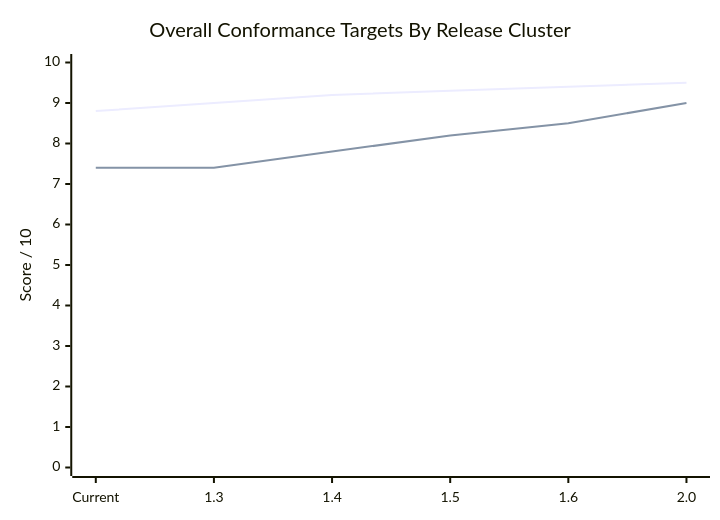
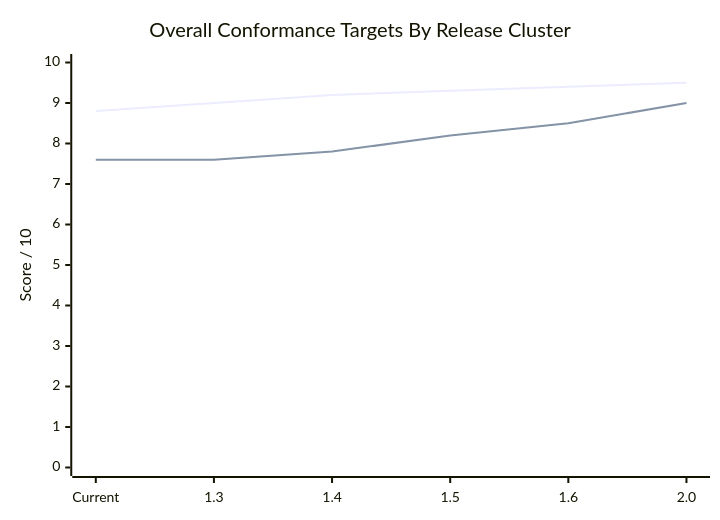
The diagram in CONFORMANCE_METRICS_OVERVIEW.md (sgwoods/Codex-Test1), drawn with Mermaid before and after one commit. The commit also changed other lines of this file and 18 other files, not shown here.

````diff
--- a/CONFORMANCE_METRICS_OVERVIEW.md
+++ b/CONFORMANCE_METRICS_OVERVIEW.md
@@ -27,8 +27,8 @@
 ```mermaid
 xychart-beta
   title "Overall Conformance Targets By Release Cluster"
   x-axis ["Current", "1.3", "1.4", "1.5", "1.6", "2.0"]
   y-axis "Score / 10" 0 --> 10
   line "Aurora Galactica" [8.8, 9.0, 9.2, 9.3, 9.4, 9.5]
-  line "Galaxy Guardians" [7.4, 7.4, 7.8, 8.2, 8.5, 9.0]
+  line "Galaxy Guardians" [7.6, 7.6, 7.8, 8.2, 8.5, 9.0]
 ```
````
